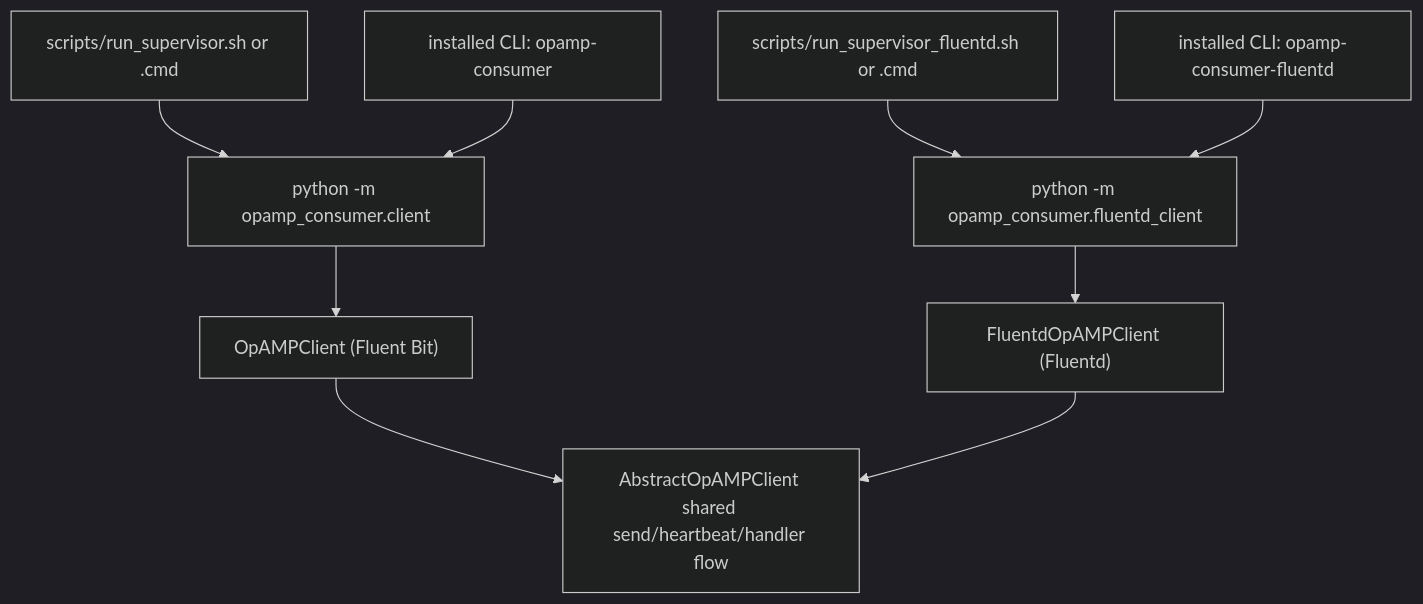
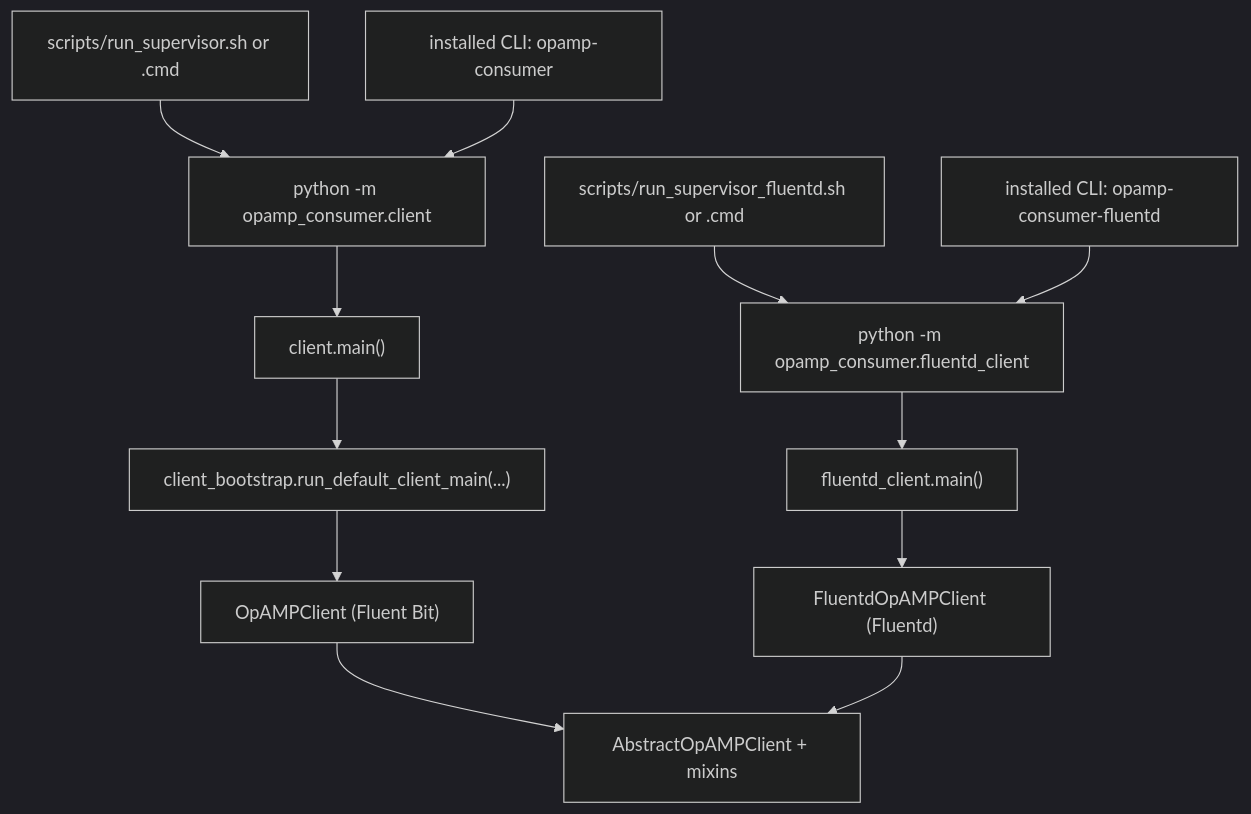
One commit to mp3monster/fluent-bit-opamp changed the second of 4 diagrams in docs/consumer_client_diagram.md. Above: the diagram before and after it, drawn with Mermaid (dark theme). The commit also changed other lines of this file and 13 other files, not shown here.

Commit message:
Decomposed the client to more manageable pieces - updated docs and diagrams

````diff
--- a/docs/consumer_client_diagram.md
+++ b/docs/consumer_client_diagram.md
@@ -105,13 +126,17 @@
 ```mermaid
 flowchart TD
     A["scripts/run_supervisor.sh or .cmd"] --> B["python -m opamp_consumer.client"]
     C["scripts/run_supervisor_fluentd.sh or .cmd"] --> D["python -m opamp_consumer.fluentd_client"]
     E["installed CLI: opamp-consumer"] --> B
     F["installed CLI: opamp-consumer-fluentd"] --> D
 
-    B --> G["OpAMPClient (Fluent Bit)"]
-    D --> H["FluentdOpAMPClient (Fluentd)"]
+    B --> G["client.main()"]
+    G --> H["client_bootstrap.run_default_client_main(...)"]
+    H --> I["OpAMPClient (Fluent Bit)"]
 
-    G --> I["AbstractOpAMPClient shared send/heartbeat/handler flow"]
-    H --> I
+    D --> J["fluentd_client.main()"]
+    J --> K["FluentdOpAMPClient (Fluentd)"]
+
+    I --> L["AbstractOpAMPClient + mixins"]
+    K --> L
 ```
````
